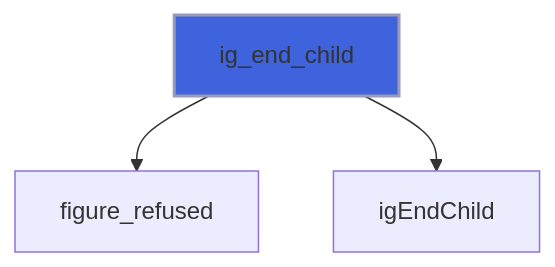
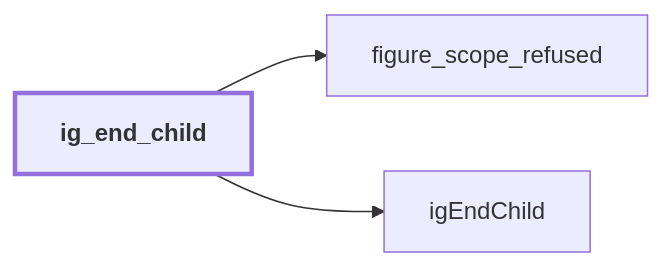
The sixth of 40 diagrams in docs/api/src/lib/figure_group.md (szaghi/figure), drawn with Mermaid before and after one commit. The commit also changed other lines of this file and 54 other files, not shown here.

````diff
--- a/docs/api/src/lib/figure_group.md
+++ b/docs/api/src/lib/figure_group.md
@@ -162,6 +358,9 @@
 ```mermaid
-flowchart TD
-  ig_end_child["ig_end_child"] --> figure_refused["figure_refused"]
+flowchart LR
+  ig_end_child["ig_end_child"] --> figure_scope_refused["figure_scope_refused"]
   ig_end_child["ig_end_child"] --> igEndChild["igEndChild"]
-  style ig_end_child fill:#3e63dd,stroke:#99b,stroke-width:2px
+  classDef focus stroke-width:3px,font-weight:bold
+  class ig_end_child focus
+  click figure_scope_refused href "figure_base.html#figure-scope-refused" "figure_scope_refused"
+  click igEndChild href "figure_cimgui.html#igendchild" "igEndChild"
 ```
````
